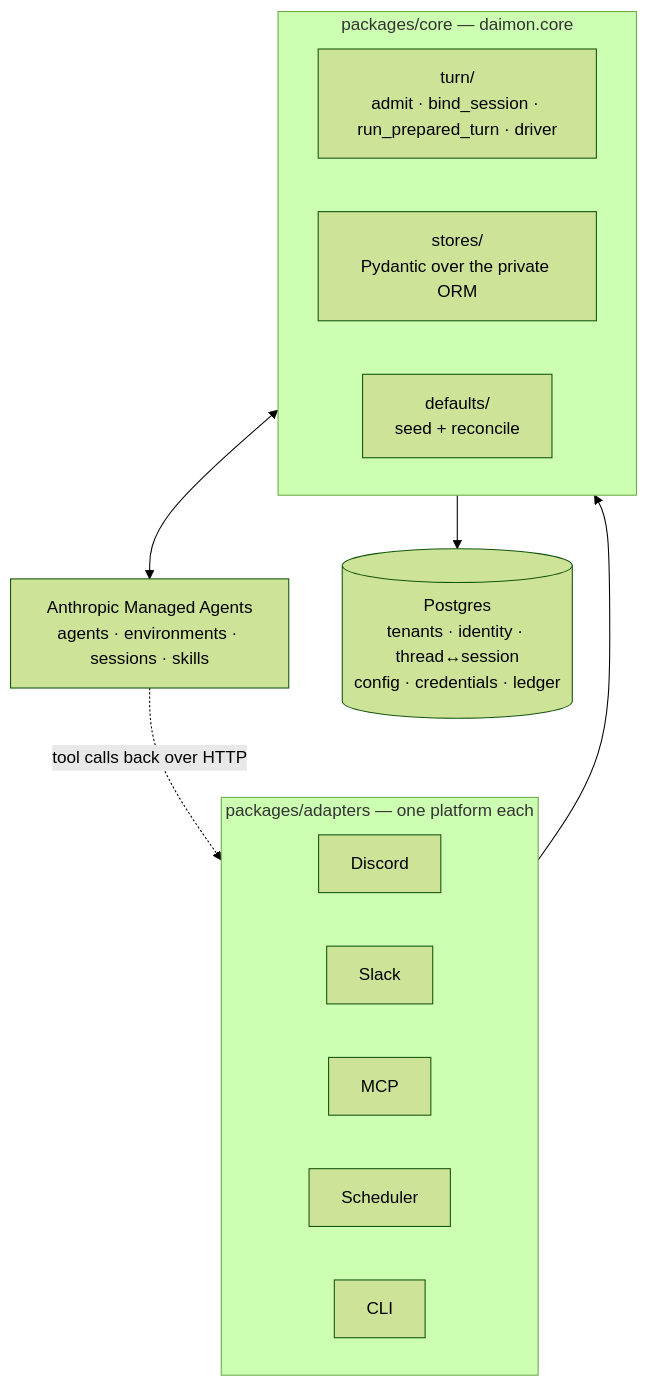
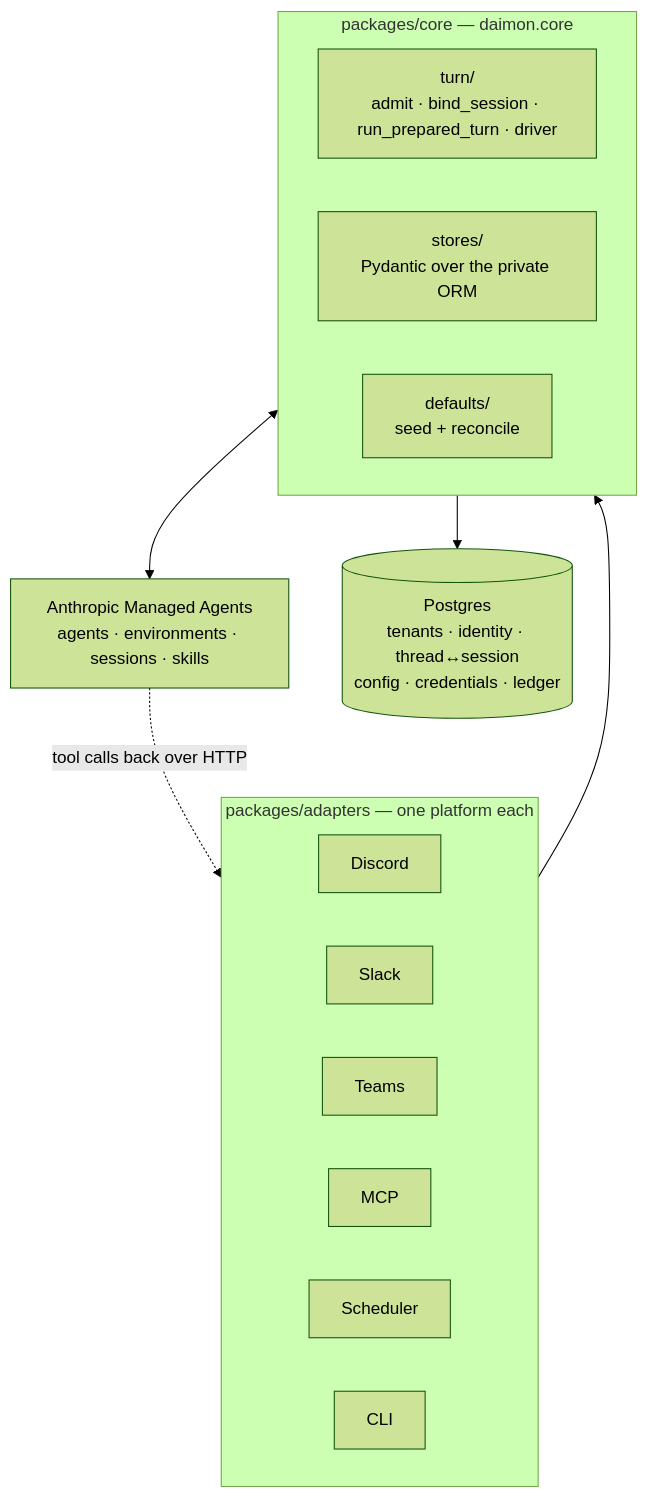
One commit to pymc-labs/daimon changed the diagram in docs/architecture.md. Above: the diagram before and after it, drawn with Mermaid (forest theme). The commit also changed other lines of this file and 5 other files, not shown here.

````diff
--- a/docs/architecture.md
+++ b/docs/architecture.md
@@ -17,23 +17,24 @@
 ```mermaid
 flowchart TB
     subgraph adapters["packages/adapters — one platform each"]
         direction LR
         Discord
         Slack
+        Teams
         MCP
         Scheduler
         CLI
     end
 
     subgraph core["packages/core — daimon.core"]
         direction LR
         turn["turn/<br>admit · bind_session · run_prepared_turn · driver"]
         stores["stores/<br>Pydantic over the private ORM"]
         defaults["defaults/<br>seed + reconcile"]
     end
 
     adapters --> core
     core <--> ma["Anthropic Managed Agents<br>agents · environments · sessions · skills"]
     core --> pg[("Postgres<br>tenants · identity · thread↔session<br>config · credentials · ledger")]
     ma -. "tool calls back over HTTP" .-> MCP
 ```
````
